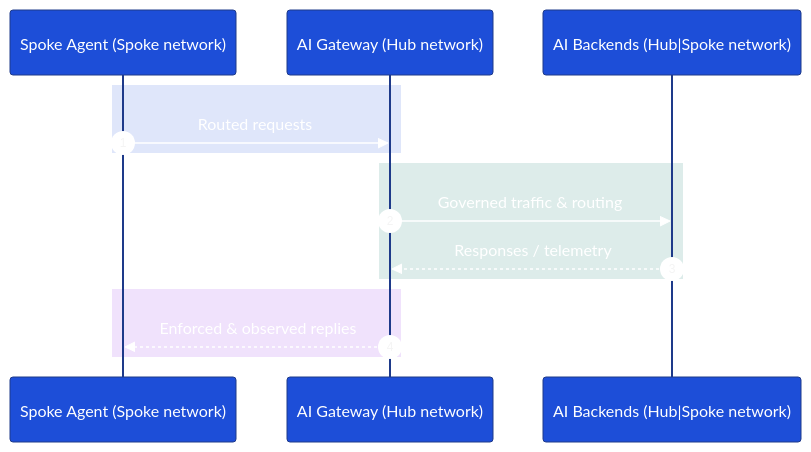
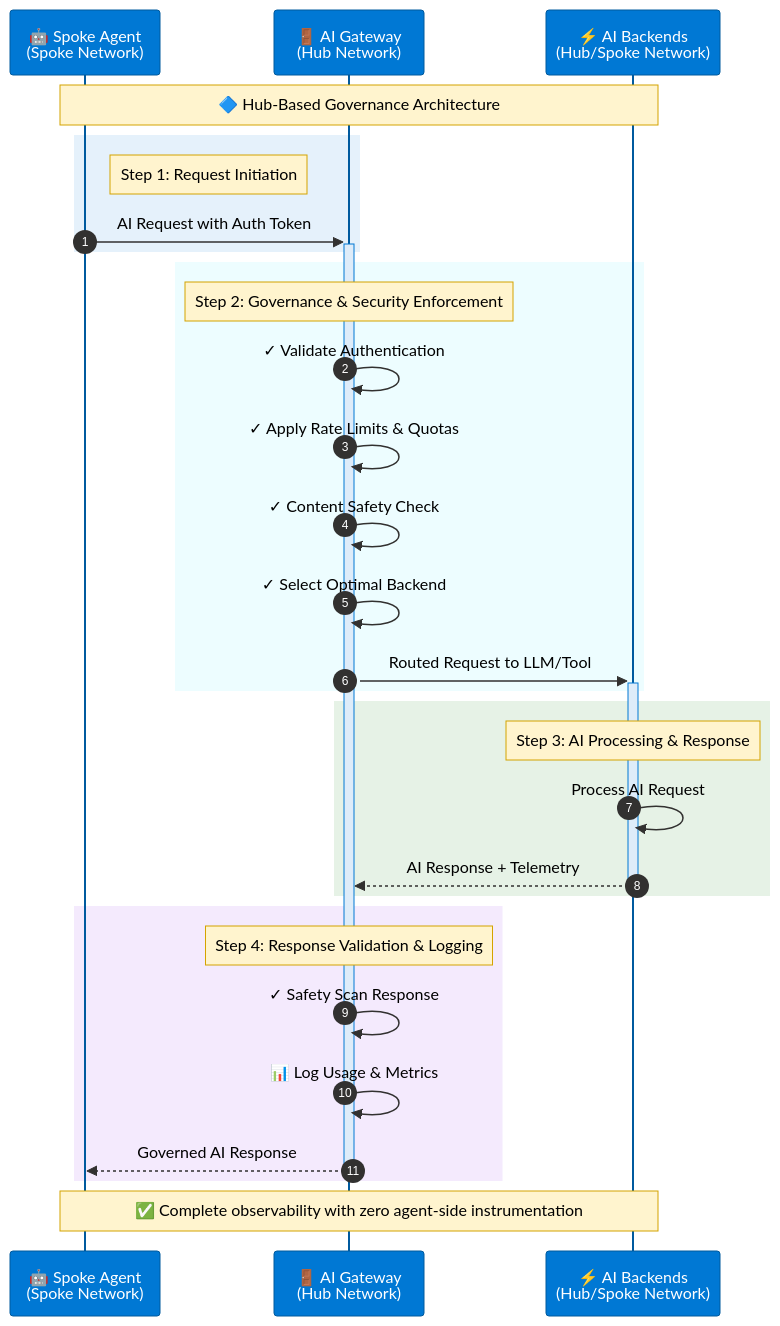
The first of 2 diagrams in CITADEL-README.md (Azure-Samples/ai-hub-gateway-solution-accelerator), drawn with Mermaid before and after one commit. The commit also changed other lines of this file, not shown here.

````diff
--- a/CITADEL-README.md
+++ b/CITADEL-README.md
@@ -111,19 +111,66 @@
 ```mermaid
-%%{init: {'theme': 'base','themeVariables': {'primaryColor': '#1d4ed8','primaryBorderColor': '#1e3a8a','primaryTextColor': '#ffffff','secondaryColor': '#0f766e','secondaryBorderColor': '#134e4a','secondaryTextColor': '#ffffff','tertiaryColor': '#9333ea','tertiaryBorderColor': '#6b21a8','tertiaryTextColor': '#ffffff'}}}%%
+%%{init: {
+  'theme': 'base',
+  'themeVariables': {
+    'primaryColor': '#0078d4',
+    'primaryTextColor': '#000',
+    'primaryBorderColor': '#0078d4',
+    'lineColor': '#605e5c',
+    'secondaryColor': '#50e6ff',
+    'tertiaryColor': '#f3f2f1',
+    'noteBkgColor': '#fff4ce',
+    'noteTextColor': '#000',
+    'noteBorderColor': '#d4a300',
+    'actorBkg': '#0078d4',
+    'actorBorder': '#005a9e',
+    'actorTextColor': '#fff',
+    'actorLineColor': '#005a9e',
+    'signalColor': '#323130',
+    'signalTextColor': '#000',
+    'labelBoxBkgColor': '#edebe9',
+    'labelBoxBorderColor': '#8a8886',
+    'labelTextColor': '#000',
+    'loopTextColor': '#000',
+    'activationBorderColor': '#0078d4',
+    'activationBkgColor': '#deecf9',
+    'sequenceNumberColor': '#fff'
+  }
+}}%%
 sequenceDiagram
     autonumber
-    participant Agent as Spoke Agent (Spoke network)
-    participant Gateway as AI Gateway (Hub network)
-    participant Backends as AI Backends (Hub|Spoke network)
+    
+    participant Agent as 🤖 Spoke Agent<br/>(Spoke Network)
+    participant Gateway as 🚪 AI Gateway<br/>(Hub Network)
+    participant Backends as ⚡ AI Backends<br/>(Hub/Spoke Network)
 
-    rect rgba(29,78,216,0.14)
-        Agent->>Gateway: Routed requests
+    Note over Agent,Backends: 🔷 Hub-Based Governance Architecture
+    
+    rect rgba(0, 120, 212, 0.1)
+        Note right of Agent: Step 1: Request Initiation
+        Agent->>+Gateway: AI Request with Auth Token
     end
-    rect rgba(15,118,110,0.14)
-        Gateway->>Backends: Governed traffic & routing
-        Backends-->>Gateway: Responses / telemetry
+    
+    rect rgba(80, 230, 255, 0.1)
+        Note over Gateway: Step 2: Governance & Security Enforcement
+        Gateway->>Gateway: ✓ Validate Authentication
+        Gateway->>Gateway: ✓ Apply Rate Limits & Quotas
+        Gateway->>Gateway: ✓ Content Safety Check
+        Gateway->>Gateway: ✓ Select Optimal Backend
+        Gateway->>+Backends: Routed Request to LLM/Tool
     end
-    rect rgba(147,51,234,0.14)
-        Gateway-->>Agent: Enforced & observed replies
+    
+    rect rgba(16, 124, 16, 0.1)
+        Note over Backends: Step 3: AI Processing & Response
+        Backends->>Backends: Process AI Request
+        Backends-->>-Gateway: AI Response + Telemetry
     end
+    
+    rect rgba(147, 51, 234, 0.1)
+        Note over Gateway: Step 4: Response Validation & Logging
+        Gateway->>Gateway: ✓ Safety Scan Response
+        Gateway->>Gateway: 📊 Log Usage & Metrics
+        Gateway-->>-Agent: Governed AI Response
+    end
+    
+    Note over Agent,Backends: ✅ Complete observability with zero agent-side instrumentation
 ```
````
